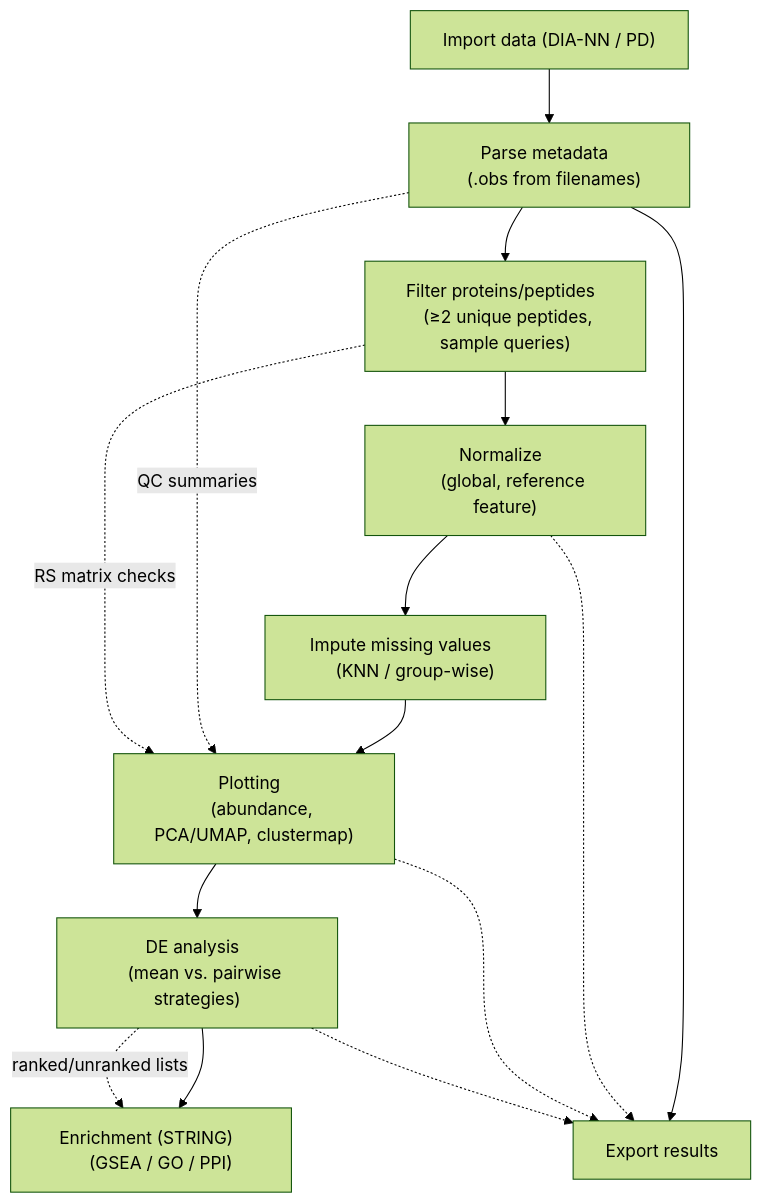
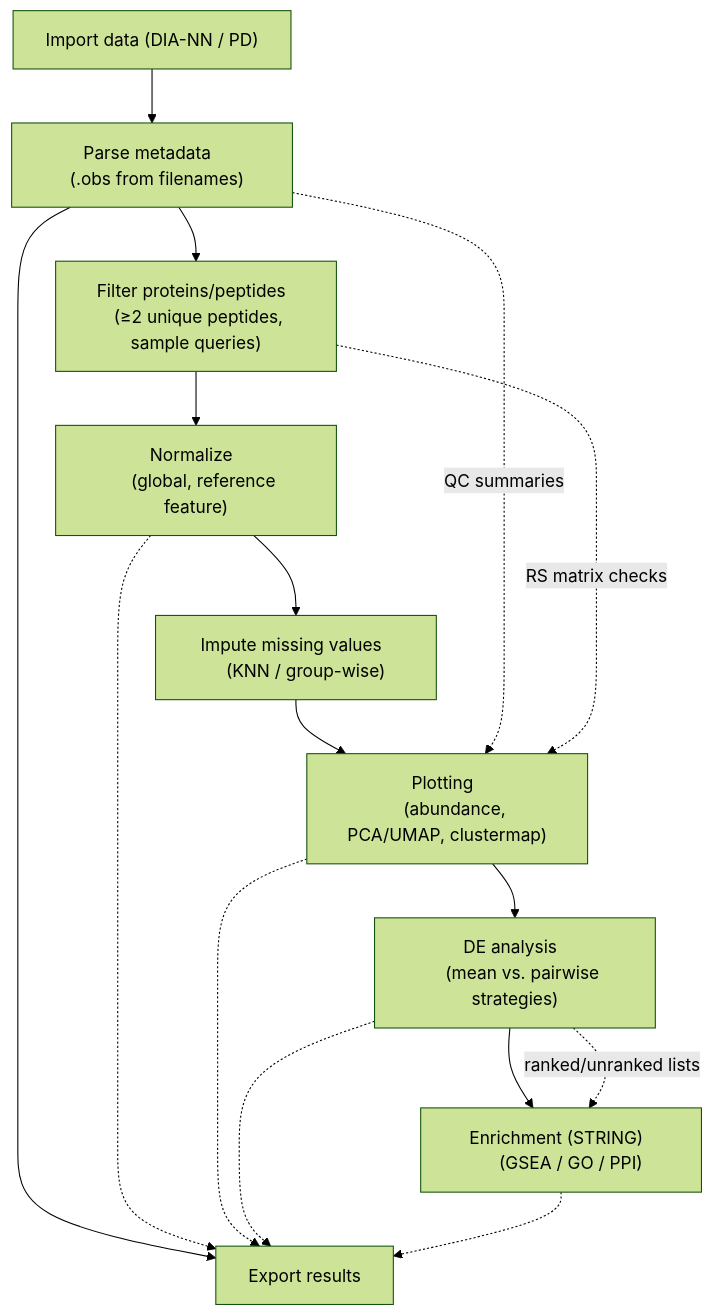
The diagram in docs/tutorials/index.md (gnaprs/scviz), drawn with Mermaid (forest theme) before and after one commit. The commit also changed other lines of this file and 18 other files, not shown here.

````diff
--- a/docs/tutorials/index.md
+++ b/docs/tutorials/index.md
@@ -10,27 +22,28 @@
 ```mermaid
   graph TB
   A["`Import data  
   (DIA-NN / PD)`"] --> B["`Parse metadata  
   (.obs from filenames)`"]
   B --> C["`Filter proteins/peptides  
   (≥2 unique peptides, sample queries)`"]
   C --> D["`Normalize  
     (global, reference feature)`"]
     D --> E["`Impute missing values  
     (KNN / group-wise)`"]
     E --> F["`Plotting  
     (abundance, PCA/UMAP, clustermap)`"]
     F --> G["`DE analysis  
     (mean vs. pairwise strategies)`"]
     G --> H["`Enrichment (STRING)  
     (GSEA / GO / PPI)`"]
     B --> I["`Export results`"]
 
 %% Optional side paths
 B -. "QC summaries" .-> F
 C -. "RS matrix checks" .-> F
 G -. "ranked/unranked lists" .-> H
 D .-> I
 F .-> I
 G .-> I 
+H .-> I
 ```
````
